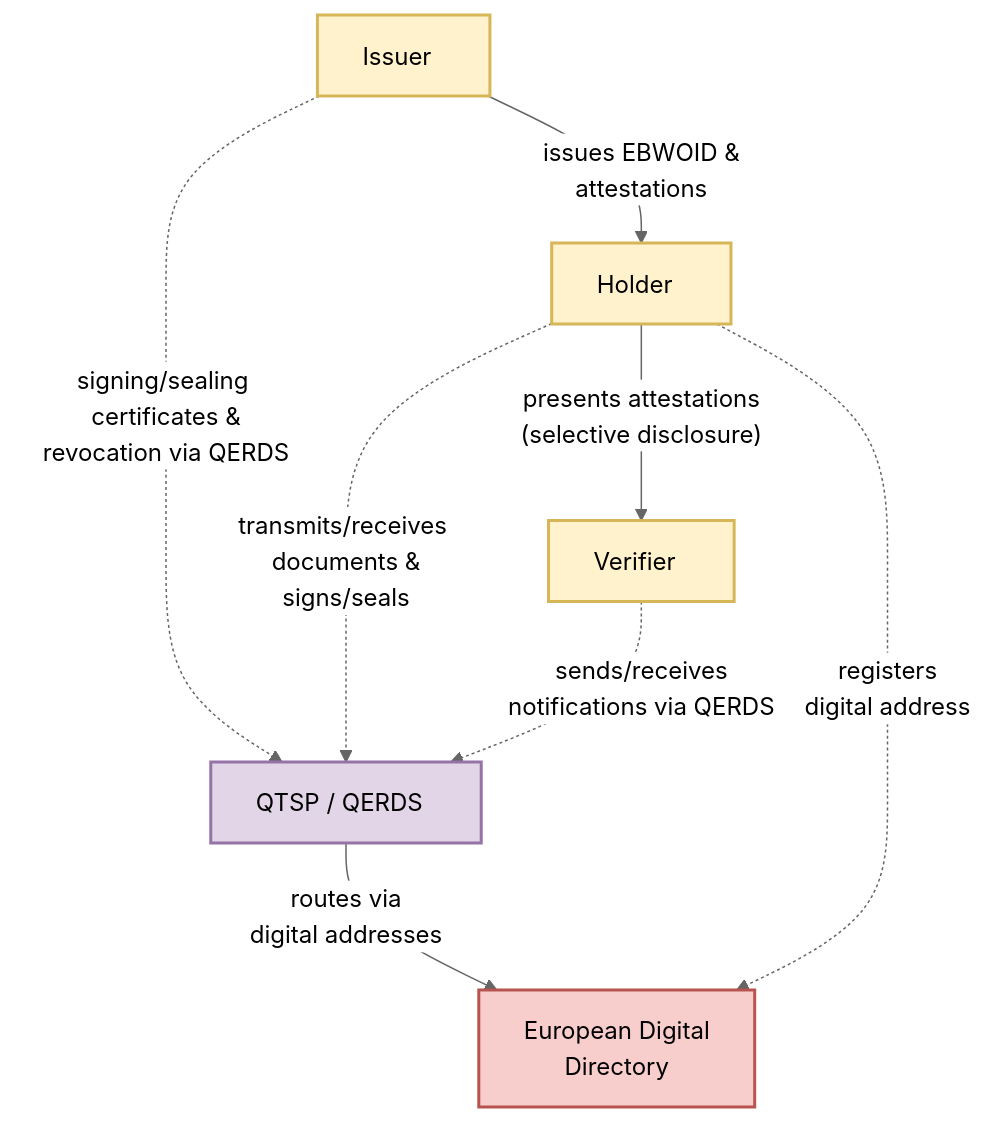
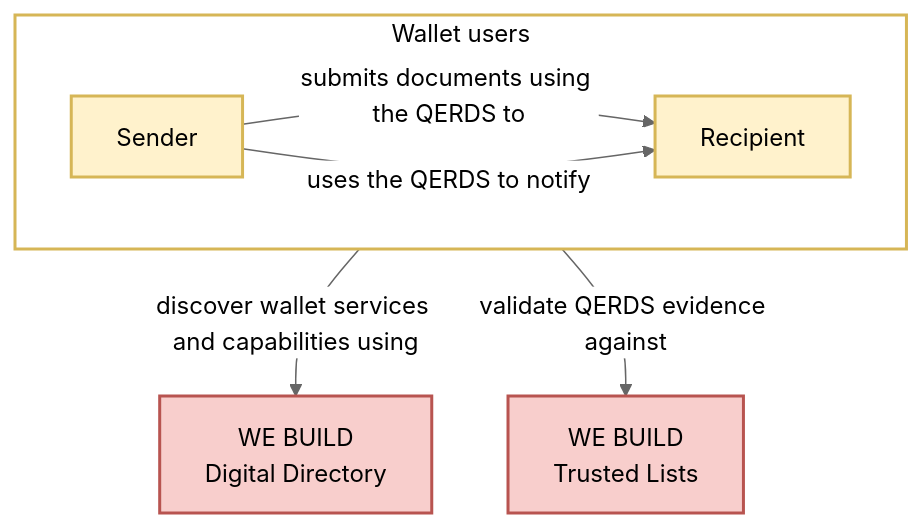
One commit to webuild-consortium/wp4-architecture changed the second of 2 diagrams in blueprint/03-architecture-overview.md. Above: the diagram before and after it, drawn with Mermaid (neutral theme). The commit also changed other lines of this file, not shown here.

Commit message:
Another iteration on QERDS trust topology

````diff
--- a/blueprint/03-architecture-overview.md
+++ b/blueprint/03-architecture-overview.md
@@ -50,26 +53,24 @@
 ```mermaid
-%% WE BUILD trust topology with QTSP/QERDS and European Digital Directory
-flowchart TB
-    issuer["Issuer&nbsp;&nbsp;"]
-    holder["Holder&nbsp;&nbsp;"]
-    verifier["Verifier&nbsp;&nbsp;"]
-    qtsp["QTSP / QERDS&nbsp;&nbsp;"]
-    directory["European Digital<br/>Directory"]
+%% WE BUILD additional trust topology with the QERDS and the European Digital Directory
+graph TB
+    Directory["WE BUILD<br>Digital Directory"]
+    TL["WE BUILD<br>Trusted Lists"]
+    subgraph Users[Wallet users]
+      direction LR
+      Sender
+      Recipient
+    end
+    Sender-->|"submits documents using the QERDS to"|Recipient
+    Sender-->|"uses the QERDS to notify"|Recipient
+    Users-->|"discover wallet services and capabilities using"|Directory
+    Users-->|"validate QERDS evidence against"|TL
 
-    issuer -->|"issues EBWOID &<br/>attestations"| holder
-    holder -->|"presents attestations<br/>(selective disclosure)"| verifier
-    issuer -.->|"signing/sealing certificates &<br/>revocation via QERDS"| qtsp
-    holder -.->|"transmits/receives documents &<br/>signs/seals"| qtsp
-    verifier -.->|"sends/receives<br/>notifications via QERDS"| qtsp
-    qtsp -->|"routes via<br/>digital addresses"| directory
-    holder -.->|"registers<br/>digital address"| directory
-
-    %% Styling
+    classDef group fill:#ffffff,stroke:#d6b656,stroke-width:2px,color:#000;
     classDef primaryRole fill:#fff2cc,stroke:#d6b656,stroke-width:2px,color:#000;
     classDef component fill:#e1d5e7,stroke:#9673a6,stroke-width:2px,color:#000;
     classDef governance fill:#f8cecc,stroke:#b85450,stroke-width:2px,color:#000;
 
-    class issuer,holder,verifier primaryRole;
-    class qtsp component;
-    class directory governance;
+    class Users group
+    class Sender,Recipient primaryRole
+    class Directory,TL governance
 ```
````
